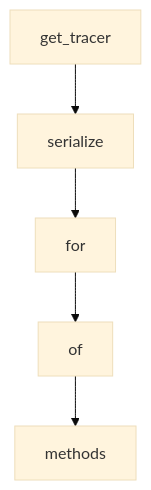
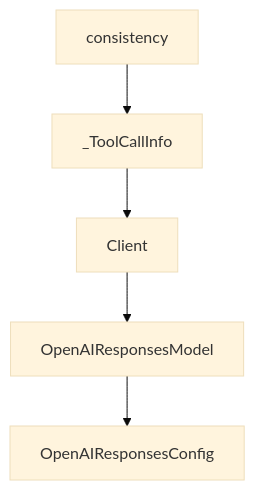
One commit to johnxie/awesome-code-docs changed the diagram in tutorials/strands-agents-tutorial/02-agent-loop-and-model-driven-architecture.md. Above: the diagram before and after it, drawn with Mermaid (base theme). The commit also changed other lines of this file and 1232 other files, not shown here.

````diff
--- a/tutorials/strands-agents-tutorial/02-agent-loop-and-model-driven-architecture.md
+++ b/tutorials/strands-agents-tutorial/02-agent-loop-and-model-driven-architecture.md
@@ -212,12 +210,12 @@
 ```mermaid
 flowchart TD
-    A[get_tracer]
-    B[serialize]
-    C[for]
-    D[of]
-    E[methods]
+    A[consistency]
+    B[_ToolCallInfo]
+    C[Client]
+    D[OpenAIResponsesModel]
+    E[OpenAIResponsesConfig]
     A --> B
     B --> C
     C --> D
     D --> E
 ```
````
